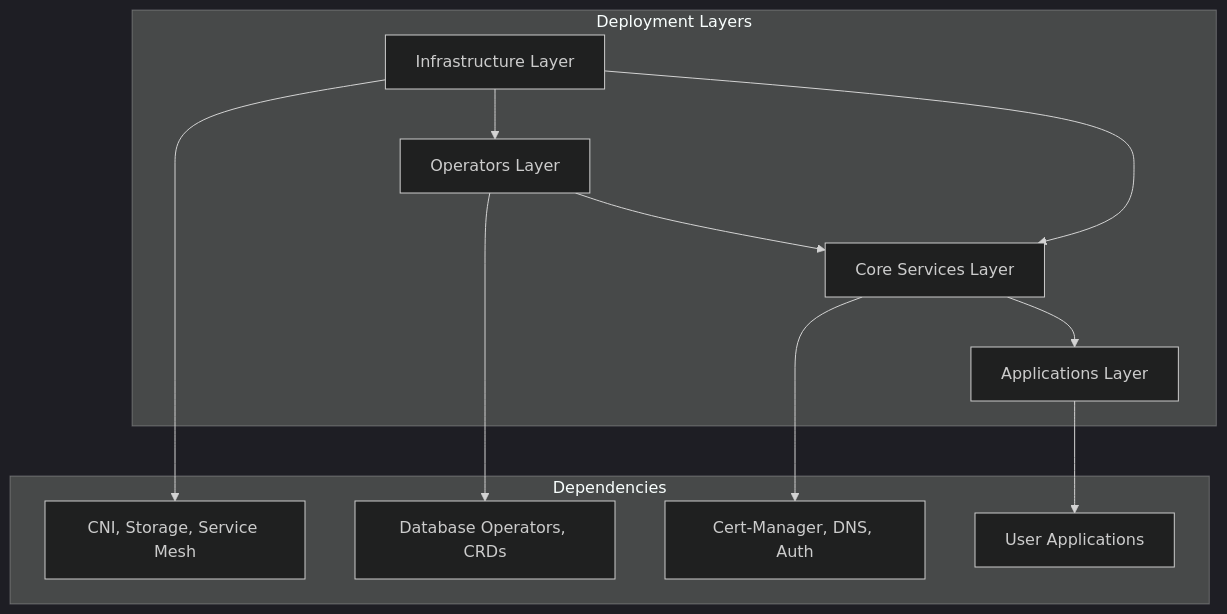
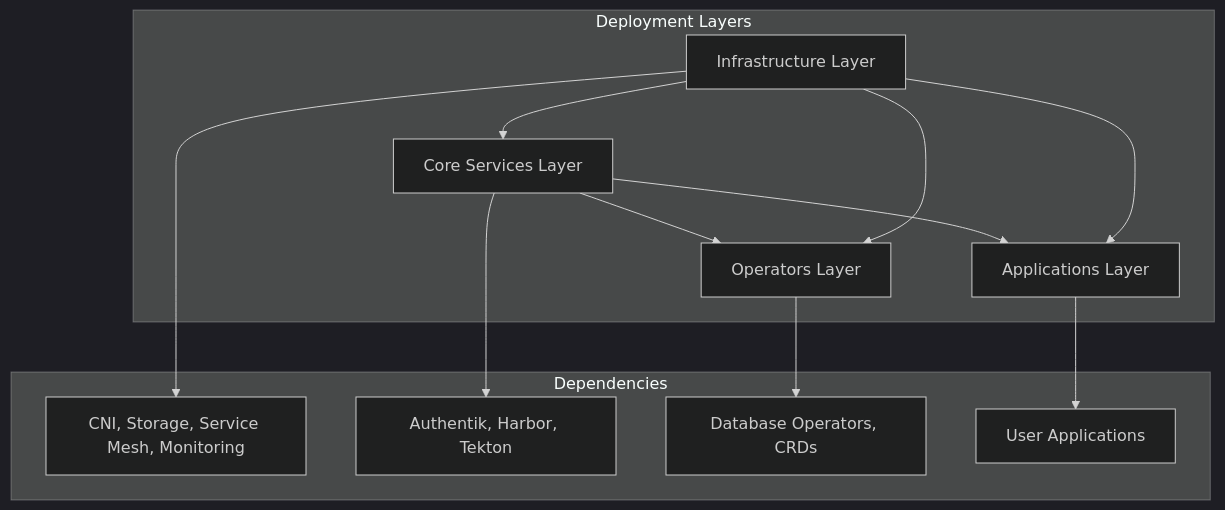
Before and after one commit to enchantednatures/HomeCluster: the second of 5 diagrams in docs/flux-gitops.md, drawn with Mermaid (dark theme). The commit also changed other lines of this file and 9 other files, not shown here.

Commit message:
docs: update architecture and infrastructure documentation

````diff
--- a/docs/flux-gitops.md
+++ b/docs/flux-gitops.md
@@ -120,26 +120,27 @@
 ```mermaid
 graph TB
     subgraph "Deployment Layers"
         INFRA[Infrastructure Layer]
+        CORE[Core Services Layer]
         OPERATORS[Operators Layer]
-        CORE[Core Services Layer]
         APPS[Applications Layer]
     end
-    
+
+    INFRA --> CORE
     INFRA --> OPERATORS
-    INFRA --> CORE
-    OPERATORS --> CORE
+    CORE --> OPERATORS
+    INFRA --> APPS
     CORE --> APPS
-    
+
     subgraph "Dependencies"
-        INFRA_DEP[CNI, Storage, Service Mesh]
+        INFRA_DEP[CNI, Storage, Service Mesh, Monitoring]
+        CORE_DEP[Authentik, Harbor, Tekton]
         OPERATORS_DEP[Database Operators, CRDs]
-        CORE_DEP[Cert-Manager, DNS, Auth]
         APPS_DEP[User Applications]
     end
-    
+
     INFRA --> INFRA_DEP
+    CORE --> CORE_DEP
     OPERATORS --> OPERATORS_DEP
-    CORE --> CORE_DEP
     APPS --> APPS_DEP
 ```
````
